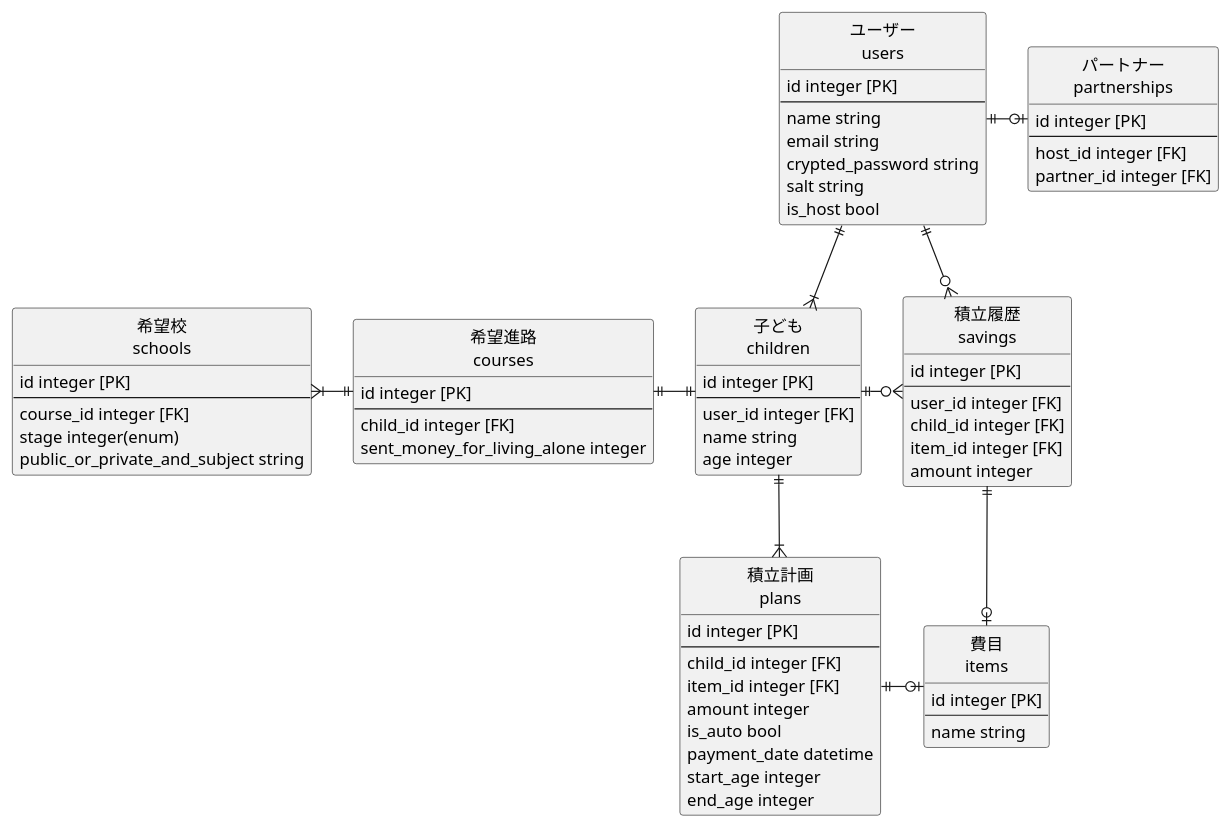
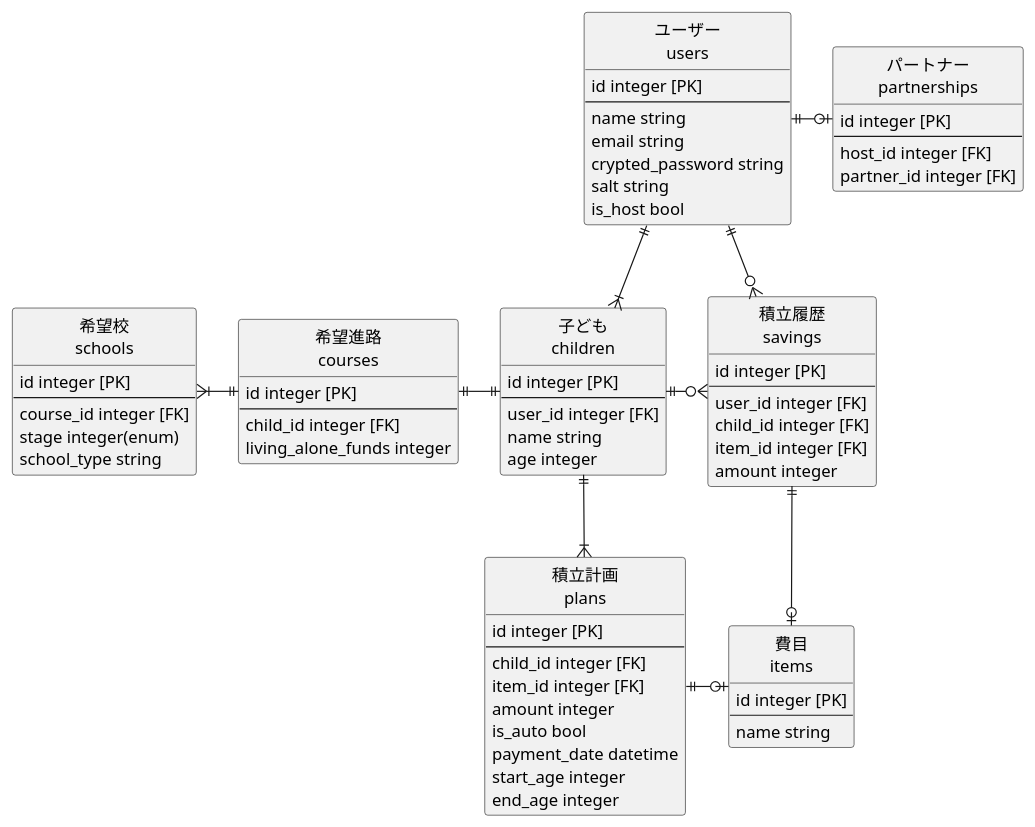
Before and after one commit to tomomih217/kokeibo: the diagram in er_diagram.pu, drawn with PlantUML.

Commit message:
Improve: public_or_private_and_subjectカラムをschool_typeカラムに、sent_money_for_living_aloneカラムをliving_alone_fundsカラムにそれぞれ命名変更しました。

```diff
--- a/er_diagram.pu
+++ b/er_diagram.pu
@@ -1,90 +1,90 @@
 @startuml kokebo
 hide circle
 hide empty members
 
 'ユーザー情報
 entity "ユーザー\nusers" as users {
   id integer [PK]
   --
   name string
   email string
   crypted_password string
   salt string
   is_host bool
 }
 
 '会員(host:users)とパートナー(partner:users)の中間テーブル
 entity "パートナー\npartnerships" as partnerships {
   id integer [PK]
   --
   host_id integer [FK]
   partner_id integer [FK]
 }
 
 '子どもの情報
 entity "子ども\nchildren" as children {
   id integer [PK]
   --
   user_id integer [FK]
   name string
   age integer
 }
 
 '教育費シュミレーション時に入力する基本情報を保存するテーブル
 entity "希望進路\ncourses" as courses {
   id integer [PK]
   --
   child_id integer [FK]
-  sent_money_for_living_alone integer
+  living_alone_funds integer
 }
 
 '教育費シュミレーション時に入力する学校の情報を保存するテーブル
 entity "希望校\nschools" as schools {
   id integer [PK]
   --
   course_id integer [FK]
   stage integer(enum)
-  public_or_private_and_subject string
+  school_type string
 }
 
 '実際に積立したお金を保存するテーブル
 entity "積立履歴\nsavings" as savings{
   id integer [PK]
   --
   user_id integer [FK]
   child_id integer [FK]
   item_id integer [FK]
   amount integer
 }
 
 '費目の種類を保存するテーブル
 entity "費目\nitems" as items {
   id integer [PK]
   --
   name string
 }
 
 '積立計画を保存するテーブル
 entity "積立計画\nplans" as plans {
   id integer [PK]
   --
   child_id integer [FK]
   item_id integer [FK]
   amount integer
   is_auto bool
   payment_date datetime
   start_age integer
   end_age integer
 }
 
 users ||-r-o| partnerships
 users ||--|{ children
 users ||-r-o{ savings
 children ||-l-|| courses
 children ||-r-o{ savings
 children ||--|{ plans
 courses ||-l-|{ schools
 savings ||-r-o| items
 plans ||-r-o| items
 
 @enduml
```
